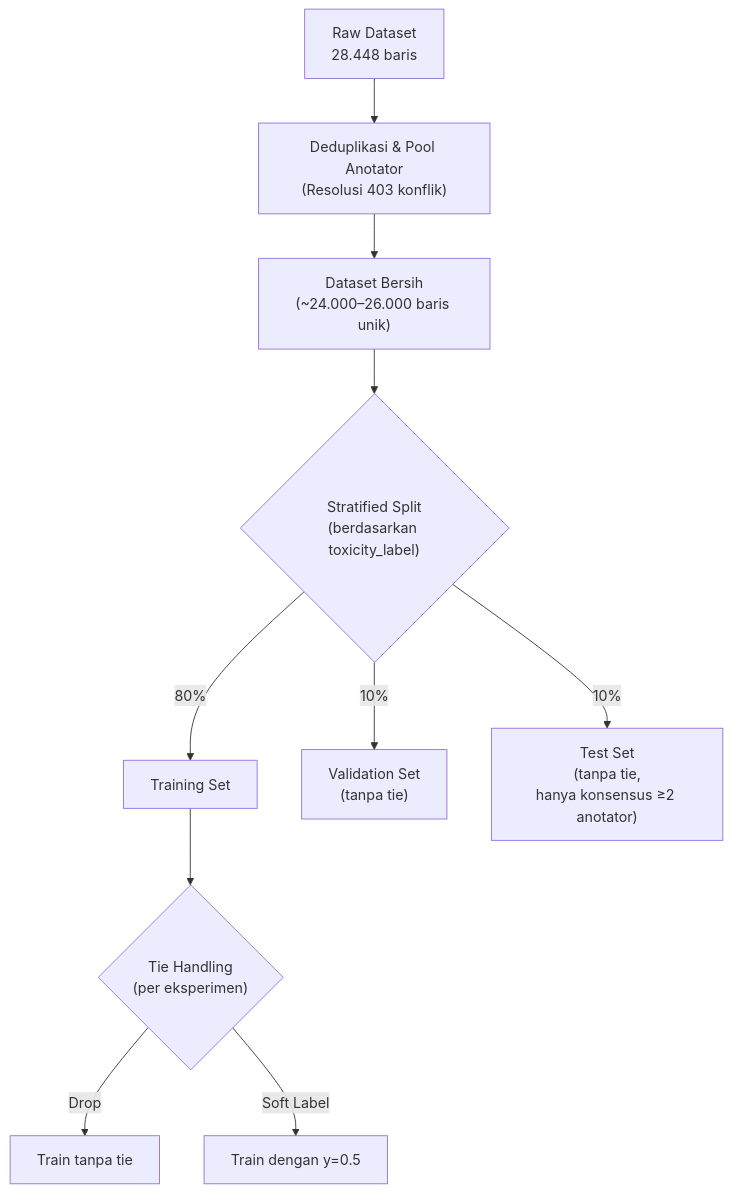
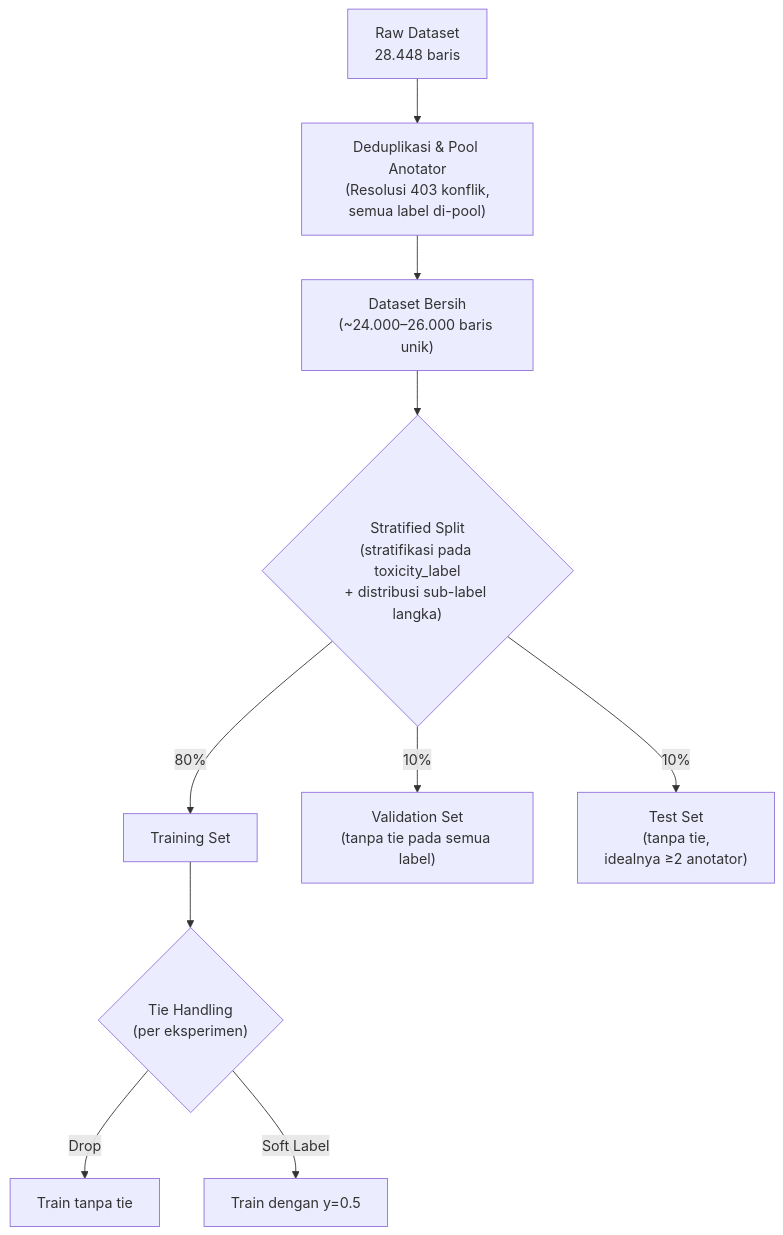
Before and after one commit to Arfiadi/hate-speech-analyzer: the third of 4 diagrams in docs/design_experiment.md, drawn with Mermaid. The commit also changed other lines of this file, not shown here.

Commit message:
docs: update experiment design with 3-phase roadmap and scenario codes

````diff
--- a/docs/design_experiment.md
+++ b/docs/design_experiment.md
@@ -187,13 +284,13 @@
 ```mermaid
 flowchart TD
-    Raw["Raw Dataset<br/>28.448 baris"] --> Dedup["Deduplikasi & Pool Anotator<br/>(Resolusi 403 konflik)"]
+    Raw["Raw Dataset<br/>28.448 baris"] --> Dedup["Deduplikasi & Pool Anotator<br/>(Resolusi 403 konflik,<br/>semua label di-pool)"]
     Dedup --> Clean["Dataset Bersih<br/>(~24.000–26.000 baris unik)"]
-    Clean --> Split{"Stratified Split<br/>(berdasarkan toxicity_label)"}
+    Clean --> Split{"Stratified Split<br/>(stratifikasi pada toxicity_label<br/>+ distribusi sub-label langka)"}
     Split -->|80%| Train["Training Set"]
-    Split -->|10%| Val["Validation Set<br/>(tanpa tie)"]
-    Split -->|10%| Test["Test Set<br/>(tanpa tie,<br/>hanya konsensus ≥2 anotator)"]
+    Split -->|10%| Val["Validation Set<br/>(tanpa tie pada semua label)"]
+    Split -->|10%| Test["Test Set<br/>(tanpa tie,<br/>idealnya ≥2 anotator)"]
     
     Train --> TieTrain{"Tie Handling<br/>(per eksperimen)"}
     TieTrain -->|Drop| TrainClean["Train tanpa tie"]
     TieTrain -->|Soft Label| TrainSoft["Train dengan y=0.5"]
 ```
````
